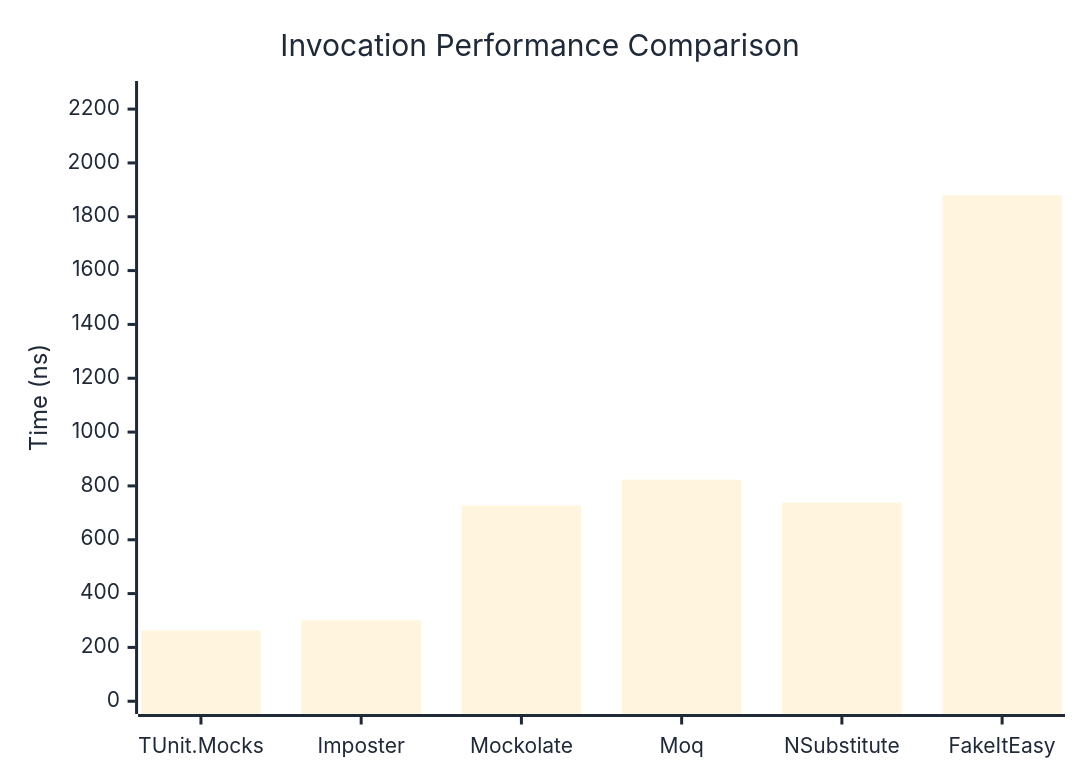
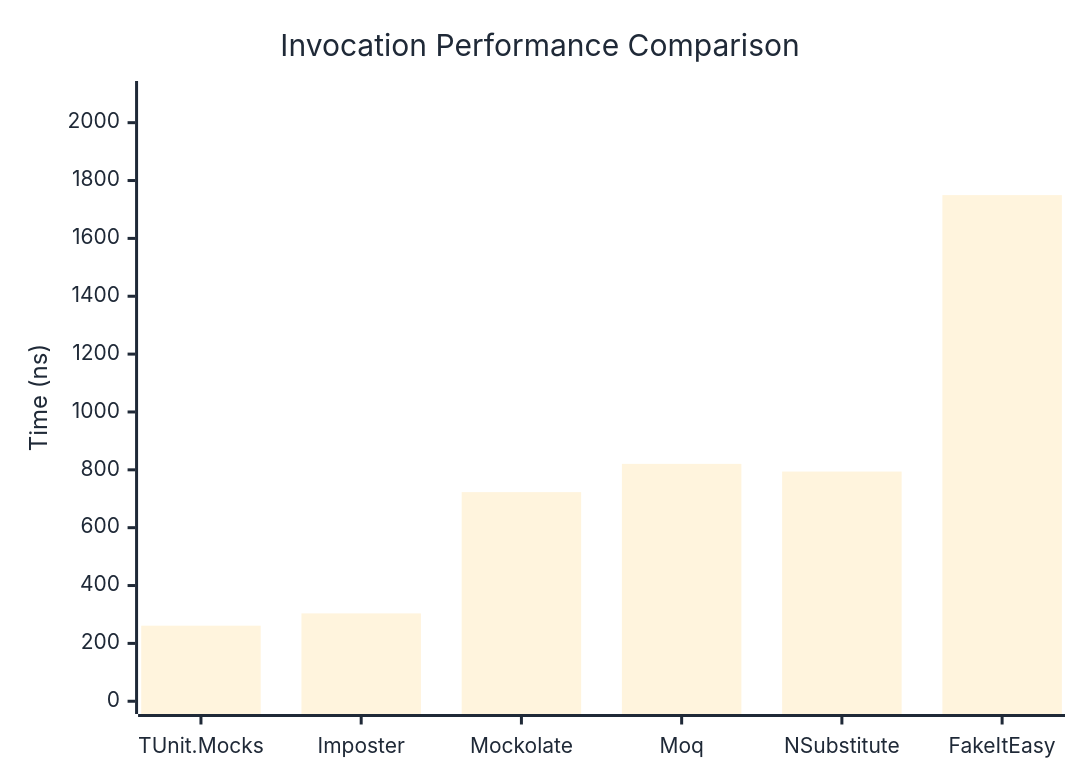
The first of 3 diagrams in docs/docs/benchmarks/mocks/Invocation.md (thomhurst/TUnit), drawn with Mermaid before and after one commit. The commit also changed other lines of this file and 14 other files, not shown here.

````diff
--- a/docs/docs/benchmarks/mocks/Invocation.md
+++ b/docs/docs/benchmarks/mocks/Invocation.md
@@ -28,27 +28,27 @@
 ```mermaid
 %%{init: {
   'theme':'base',
   'themeVariables': {
     'primaryColor': '#2563eb',
     'primaryTextColor': '#1f2937',
     'primaryBorderColor': '#1e40af',
     'lineColor': '#6b7280',
     'secondaryColor': '#7c3aed',
     'tertiaryColor': '#dc2626',
     'background': '#ffffff',
     'pie1': '#2563eb',
     'pie2': '#7c3aed',
     'pie3': '#dc2626',
     'pie4': '#f59e0b',
     'pie5': '#10b981',
     'pie6': '#06b6d4',
     'pie7': '#ec4899',
     'pie8': '#6366f1'
   }
 }}%%
 xychart-beta
   title "Invocation Performance Comparison"
   x-axis ["TUnit.Mocks", "Imposter", "Mockolate", "Moq", "NSubstitute", "FakeItEasy"]
-  y-axis "Time (ns)" 0 --> 2257
-  bar [263.1, 300.6, 726.9, 823.1, 738, 1880.1]
+  y-axis "Time (ns)" 0 --> 2100
+  bar [261.2, 303.7, 722.9, 820.6, 794, 1749.6]
 ```
````
